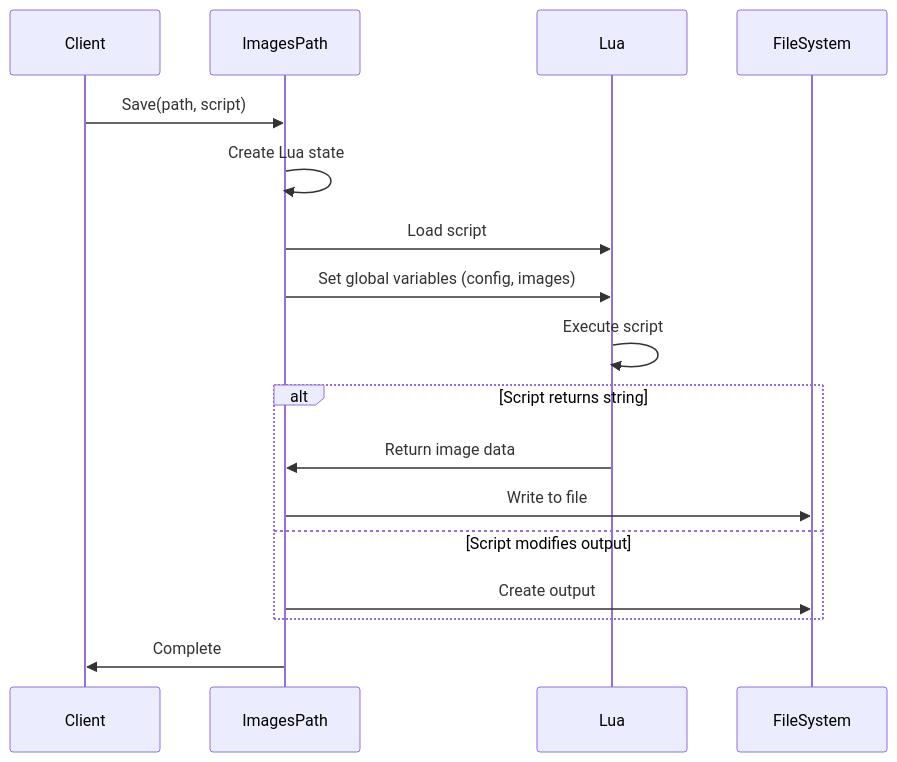
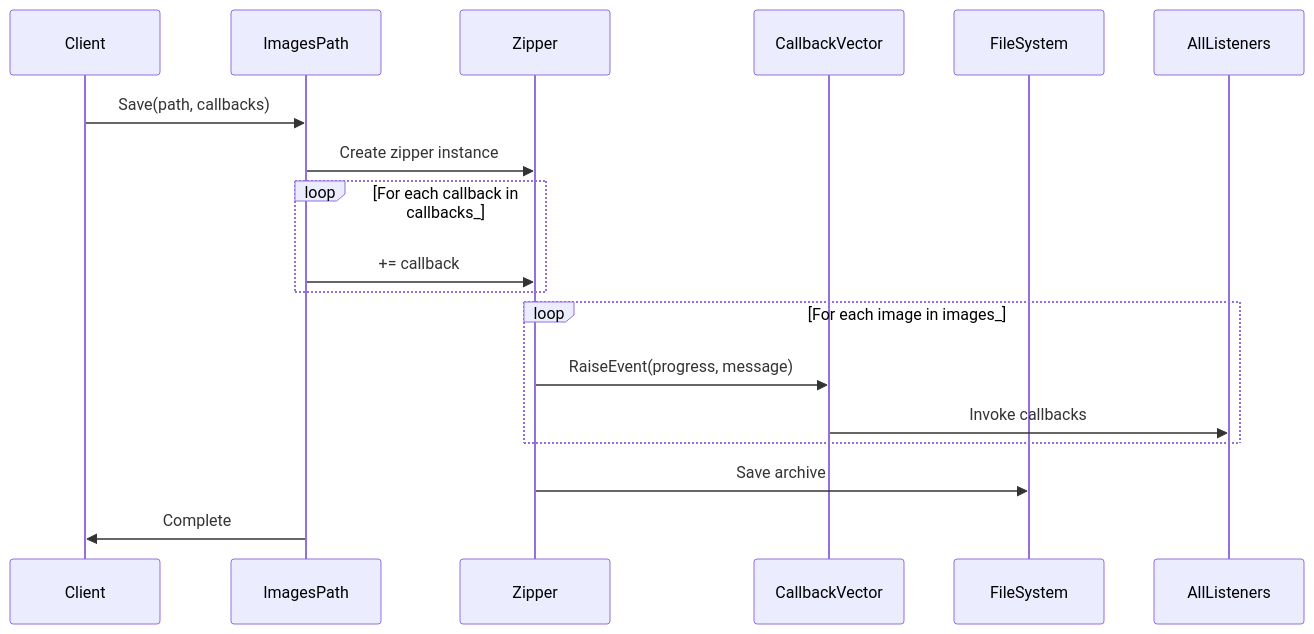
Before and after one commit to hsmbanlance/HsBaSlicer: the third of 4 diagrams in .qoder/repowiki/en/content/Path Generation/Images Path.md, drawn with Mermaid. The commit also changed other lines of this file and 14 other files, not shown here.

````diff
--- a/.qoder/repowiki/en/content/Path Generation/Images Path.md
+++ b/.qoder/repowiki/en/content/Path Generation/Images Path.md
@@ -96,19 +159,19 @@
 ```mermaid
 sequenceDiagram
 participant Client
 participant ImagesPath
-participant Lua
+participant Zipper
+participant CallbackVector
 participant FileSystem
-Client->>ImagesPath : Save(path, script)
-ImagesPath->>ImagesPath : Create Lua state
-ImagesPath->>Lua : Load script
-ImagesPath->>Lua : Set global variables (config, images)
-Lua->>Lua : Execute script
-alt Script returns string
-Lua->>ImagesPath : Return image data
-ImagesPath->>FileSystem : Write to file
-else Script modifies output
-ImagesPath->>FileSystem : Create output
+Client->>ImagesPath : Save(path, callbacks)
+ImagesPath->>Zipper : Create zipper instance
+loop For each callback in callbacks_
+ImagesPath->>Zipper : += callback
 end
+loop For each image in images_
+Zipper->>CallbackVector : RaiseEvent(progress, message)
+CallbackVector->>AllListeners : Invoke callbacks
+end
+Zipper->>FileSystem : Save archive
 ImagesPath->>Client : Complete
 ```
````
